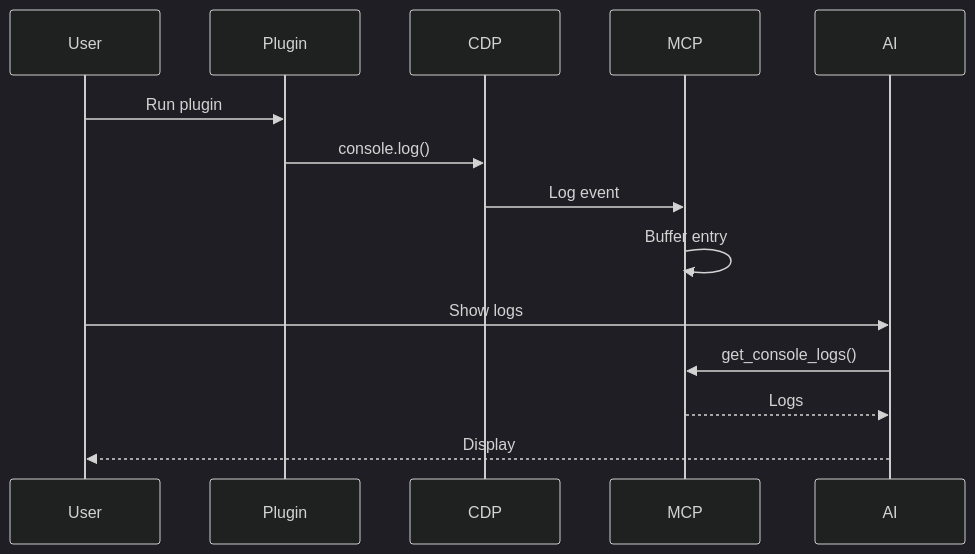
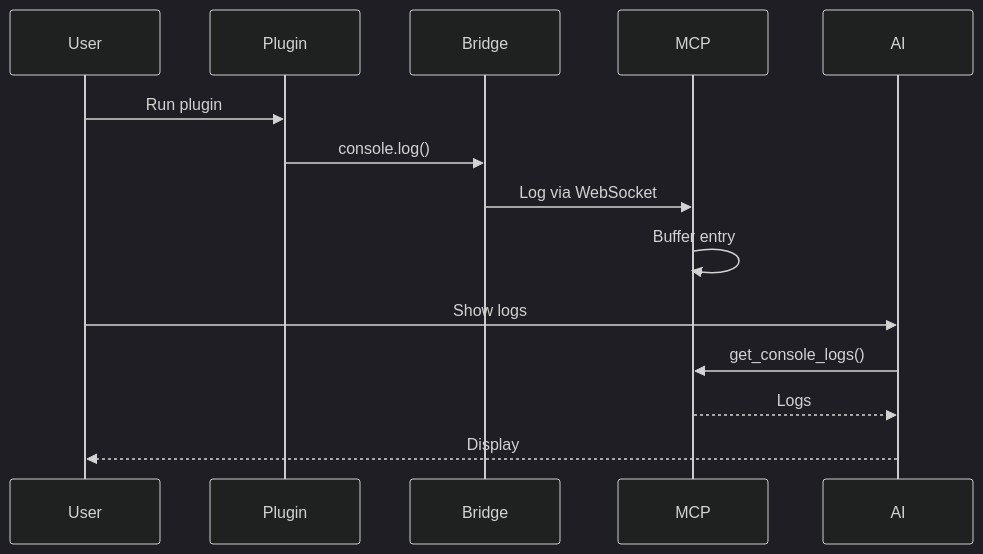
Before and after one commit to southleft/figma-console-mcp: the sixth of 6 diagrams in docs/architecture.md, drawn with Mermaid (dark theme). The commit also changed other lines of this file and 10 other files, not shown here.

````diff
--- a/docs/architecture.md
+++ b/docs/architecture.md
@@ -271,17 +225,17 @@
 ```mermaid
 sequenceDiagram
     participant U as User
     participant P as Plugin
-    participant C as CDP
+    participant B as Bridge
     participant M as MCP
     participant A as AI
 
     U->>P: Run plugin
-    P->>C: console.log()
-    C->>M: Log event
+    P->>B: console.log()
+    B->>M: Log via WebSocket
     M->>M: Buffer entry
     U->>A: Show logs
     A->>M: get_console_logs()
     M-->>A: Logs
     A-->>U: Display
 ```
````
